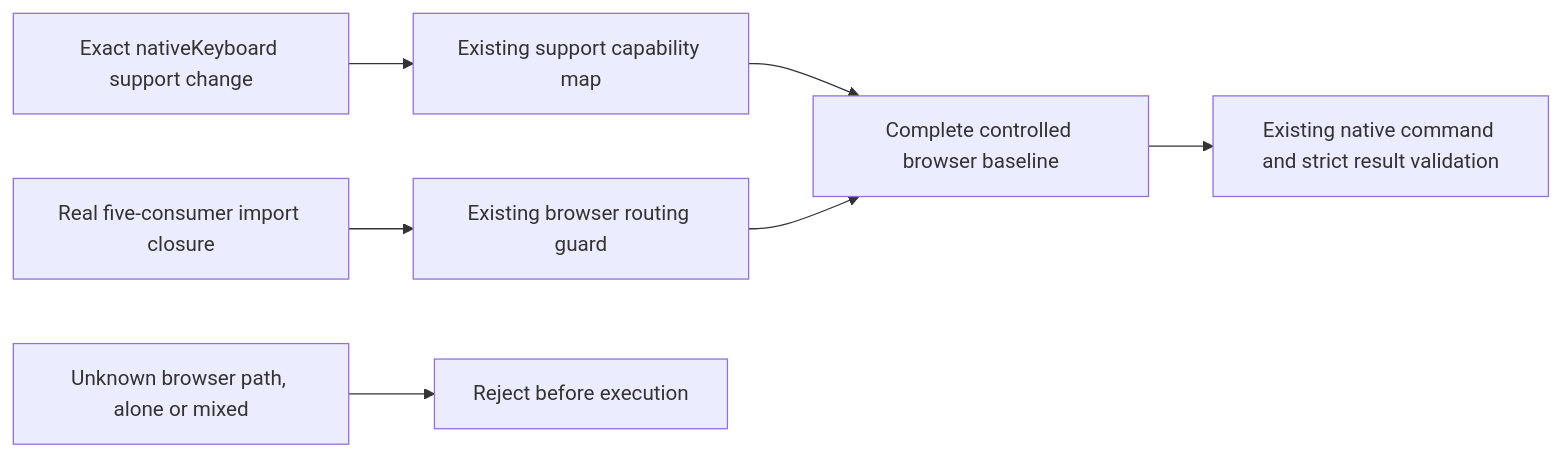
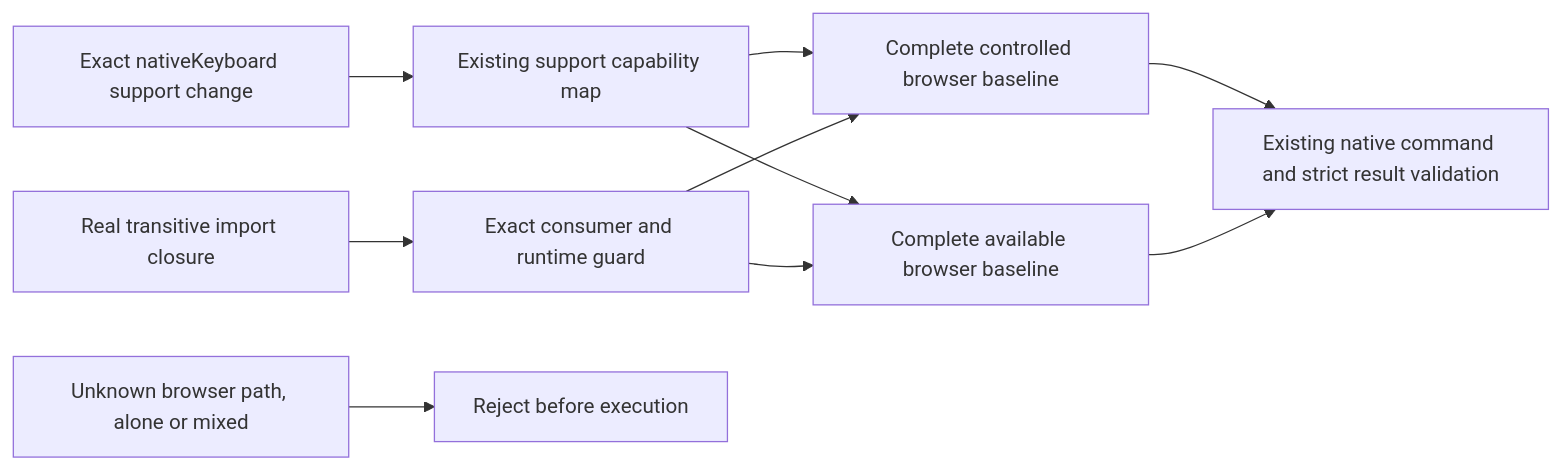
Before and after one commit to dunay2/dvt: the seventh of 25 diagrams in docs/architecture/components/web/web-vitest-changed-suite-router-component.md, drawn with Mermaid. The commit also changed other lines of this file and 53 other files, not shown here.

````diff
--- a/docs/architecture/components/web/web-vitest-changed-suite-router-component.md
+++ b/docs/architecture/components/web/web-vitest-changed-suite-router-component.md
@@ -364,9 +365,12 @@
 ```mermaid
 flowchart LR
   Path[Exact nativeKeyboard support change] --> Policy[Existing support capability map]
-  Closure[Real five-consumer import closure] --> Guard[Existing browser routing guard]
+  Closure[Real transitive import closure] --> Guard[Exact consumer and runtime guard]
   Policy --> Plan[Complete controlled browser baseline]
+  Policy --> Live[Complete available browser baseline]
   Guard --> Plan
+  Guard --> Live
   Plan --> Runner[Existing native command and strict result validation]
+  Live --> Runner
   Unknown[Unknown browser path, alone or mixed] --> Reject[Reject before execution]
 ```
````
